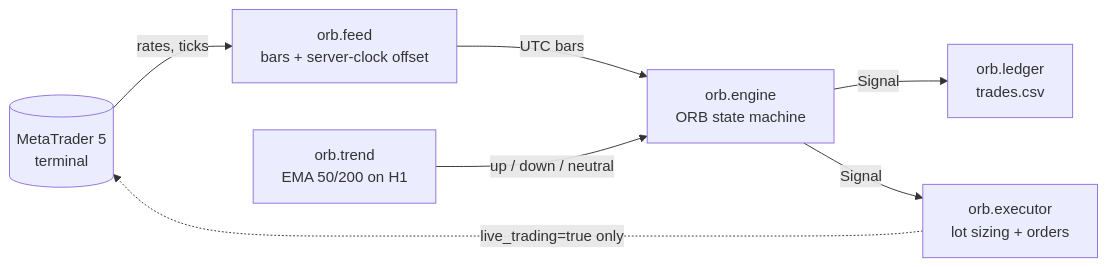
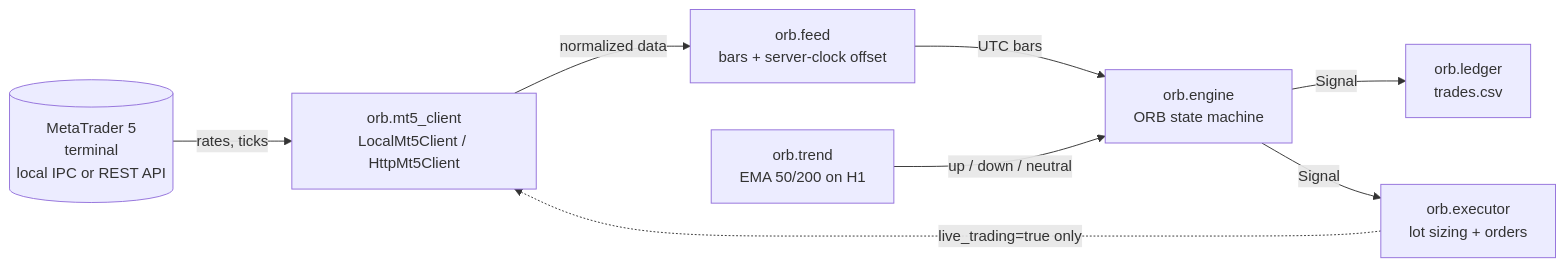
The second of 4 diagrams in README.md (fredriick/ORB_US100), drawn with Mermaid before and after one commit. The commit also changed other lines of this file and 21 other files, not shown here.

First line of the commit message:
Add HTTP/API transport for dockerized MT5 terminal + deployment

````diff
--- a/README.md
+++ b/README.md
@@ -63,16 +63,18 @@
 ```mermaid
 flowchart LR
-    MT5[(MetaTrader 5<br/>terminal)]
+    MT5[(MetaTrader 5<br/>terminal<br/>local IPC or REST API)]
+    Client[orb.mt5_client<br/>LocalMt5Client / HttpMt5Client]
     Feed[orb.feed<br/>bars + server-clock offset]
     Engine[orb.engine<br/>ORB state machine]
     Trend[orb.trend<br/>EMA 50/200 on H1]
     Ledger[orb.ledger<br/>trades.csv]
     Exec[orb.executor<br/>lot sizing + orders]
 
-    MT5 -->|rates, ticks| Feed
+    MT5 -->|rates, ticks| Client
+    Client -->|normalized data| Feed
     Feed -->|UTC bars| Engine
     Trend -->|up / down / neutral| Engine
     Engine -->|Signal| Ledger
     Engine -->|Signal| Exec
-    Exec -.->|live_trading=true only| MT5
+    Exec -.->|live_trading=true only| Client
 ```
````
